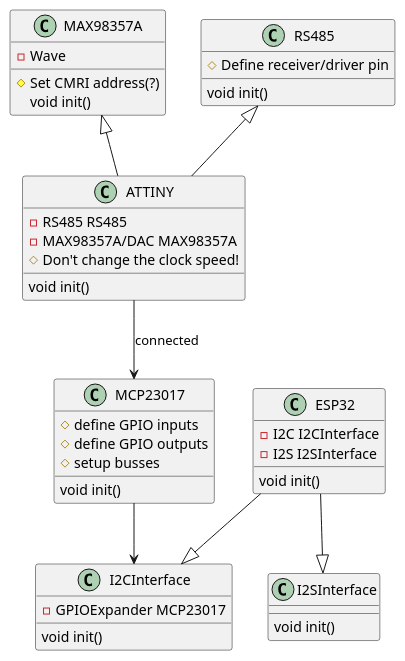
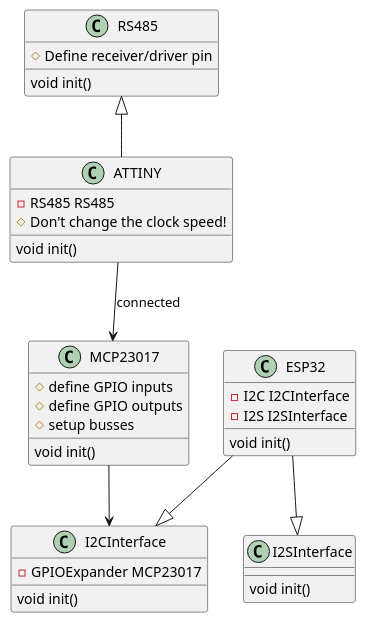
The diagram in Braille_Project/main/I2C.puml (nathe6/ENGR696-Braille), drawn with PlantUML before and after one commit. The commit also changed 15 other files, not shown here.

```diff
--- a/Braille_Project/main/I2C.puml
+++ b/Braille_Project/main/I2C.puml
@@ -1,55 +1,47 @@
 @startuml ESP32
 
 together {
 
     class ESP32 {
         - I2C I2CInterface
         - I2S I2SInterface
         void init()
     }
 
     class I2CInterface {
         - GPIOExpander MCP23017
         void init()
     }
 
     class I2SInterface {
         void init()
     }
 
     class ATTINY {
         - RS485 RS485
-        - MAX98357A/DAC MAX98357A
         #Don't change the clock speed!
         void init()
         
     }
 
     class RS485 {
         #Define receiver/driver pin
         void init()
     }
 
     class MCP23017 {
         #define GPIO inputs
         #define GPIO outputs
         #setup busses
         void init()
     }
 
-    class MAX98357A {
-        - Wave
-        #Set CMRI address(?)
-        void init()
-    }
-
     ESP32 --|> I2CInterface
     ESP32 --|> I2SInterface
     MCP23017 --> I2CInterface
     ATTINY --> MCP23017 : connected 
     RS485 <|-- ATTINY
-    MAX98357A <|-- ATTINY
 
 }
 
 @enduml
```
